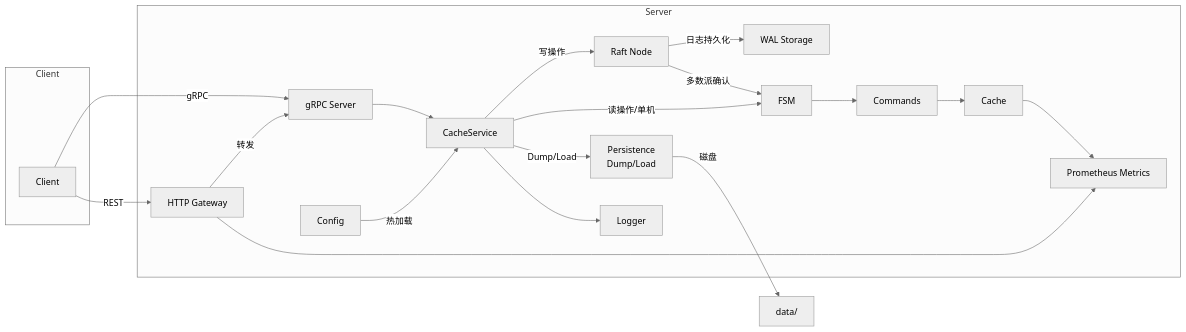
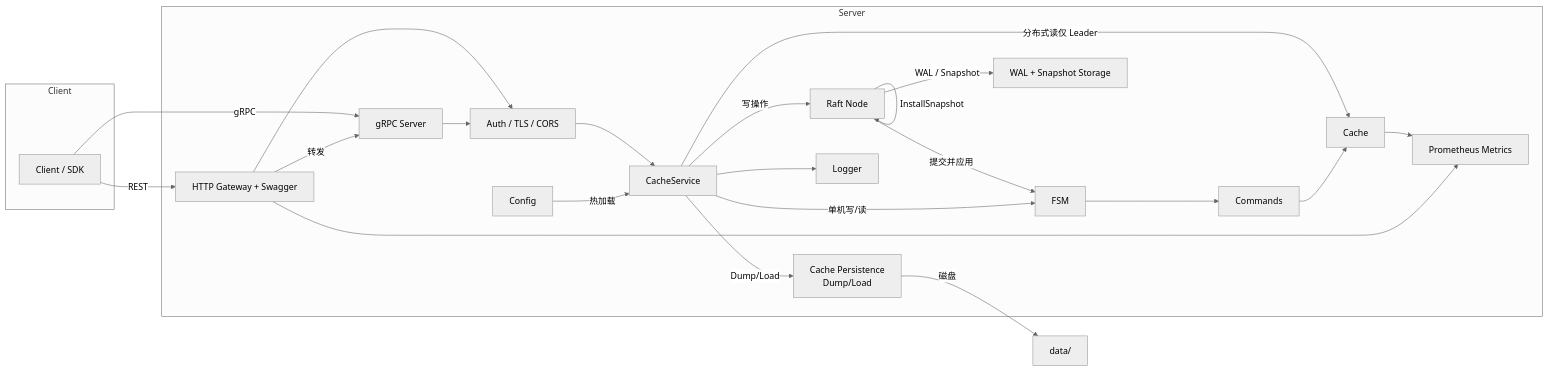
The first of 2 diagrams in docs/architecture.md (lushenle/simple-cache), drawn with Mermaid (neutral theme) before and after one commit. The commit also changed other lines of this file and 44 other files, not shown here.

````diff
--- a/docs/architecture.md
+++ b/docs/architecture.md
@@ -3,37 +5,42 @@
 ```mermaid
 flowchart LR
     subgraph Client
-      CLI[Client]
+      CLI[Client / SDK]
     end
     subgraph Server
-      GW[HTTP Gateway]
+      GW[HTTP Gateway + Swagger]
       GRPC[gRPC Server]
       CS[CacheService]
       FSM[FSM]
       CMD[Commands]
       C[Cache]
       RAFT[Raft Node]
-      STORE[WAL Storage]
-      PERSIST[Persistence<br/>Dump/Load]
+      STORE[WAL + Snapshot Storage]
+      PERSIST[Cache Persistence<br/>Dump/Load]
+      AUTH[Auth / TLS / CORS]
       METRICS[Prometheus Metrics]
       LOG[Logger]
       CFG[Config]
     end
 
     CLI -->|gRPC| GRPC
     CLI -->|REST| GW
     GW -->|转发| GRPC
-    GRPC --> CS
+    GW --> AUTH
+    GRPC --> AUTH
+    AUTH --> CS
     CS -->|写操作| RAFT
-    RAFT -->|日志持久化| STORE
-    RAFT -->|多数派确认| FSM
-    CS -->|读操作/单机| FSM
+    RAFT -->|WAL / Snapshot| STORE
+    RAFT -->|提交并应用| FSM
+    RAFT -->|InstallSnapshot| RAFT
+    CS -->|单机写/读| FSM
+    CS -->|分布式读仅 Leader| C
     FSM --> CMD
     CMD --> C
     CS -->|Dump/Load| PERSIST
     PERSIST -->|磁盘| DATA[data/]
     C --> METRICS
     CS --> LOG
     GW --> METRICS
     CFG -->|热加载| CS
 ```
````
